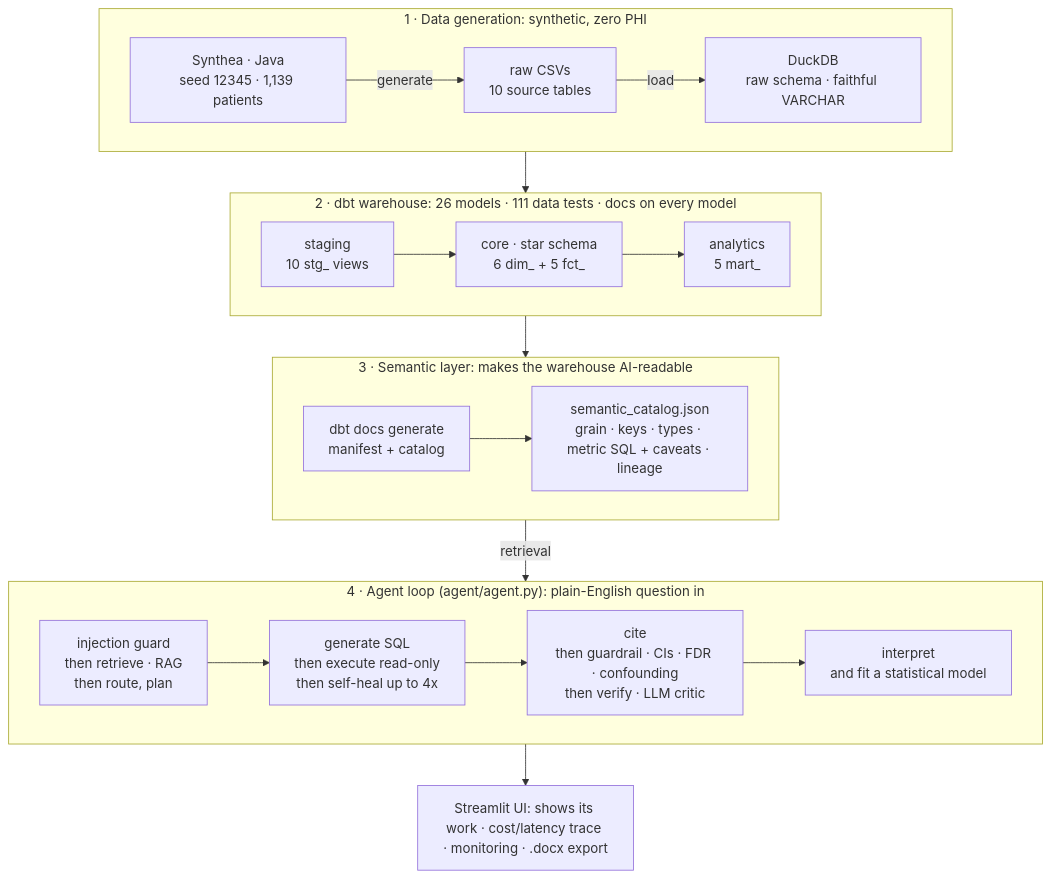
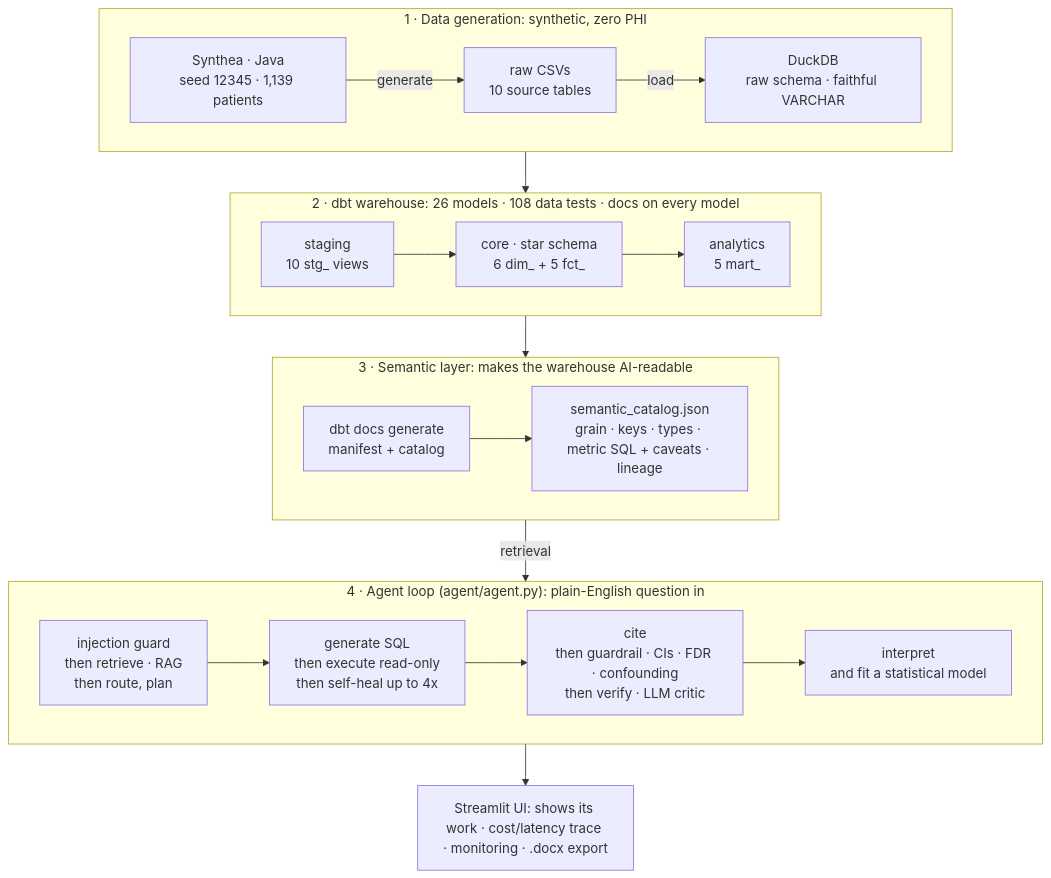
The diagram in README.md (Ediebah/healthcare-warehouse-agent), drawn with Mermaid before and after one commit. The commit also changed other lines of this file and 9 other files, not shown here.

````diff
--- a/README.md
+++ b/README.md
@@ -55,27 +80,27 @@
 ```mermaid
 flowchart TB
     subgraph GEN["1 · Data generation: synthetic, zero PHI"]
         direction LR
         SY["Synthea · Java<br/>seed 12345 · 1,139 patients"] -->|generate| CSV["raw CSVs<br/>10 source tables"] -->|load| RAW["DuckDB<br/>raw schema · faithful VARCHAR"]
     end
 
-    subgraph WH["2 · dbt warehouse: 26 models · 111 data tests · docs on every model"]
+    subgraph WH["2 · dbt warehouse: 26 models · 108 data tests · docs on every model"]
         direction LR
         STG["staging<br/>10 stg_ views"] --> CORE["core · star schema<br/>6 dim_ + 5 fct_"] --> ANA["analytics<br/>5 mart_"]
     end
 
     subgraph SEM["3 · Semantic layer: makes the warehouse AI-readable"]
         direction LR
         DOCS["dbt docs generate<br/>manifest + catalog"] --> SC["semantic_catalog.json<br/>grain · keys · types · metric SQL + caveats · lineage"]
     end
 
     subgraph AG["4 · Agent loop (agent/agent.py): plain-English question in"]
         direction LR
         RET["injection guard<br/>then retrieve · RAG<br/>then route, plan"] --> RUN["generate SQL<br/>then execute read-only<br/>then self-heal up to 4x"] --> CHK["cite<br/>then guardrail · CIs · FDR · confounding<br/>then verify · LLM critic"] --> OUT["interpret<br/>and fit a statistical model"]
     end
 
     RAW --> STG
     ANA --> DOCS
     SC -->|retrieval| RET
     OUT --> UI["Streamlit UI: shows its work · cost/latency trace · monitoring · .docx export"]
 ```
````
